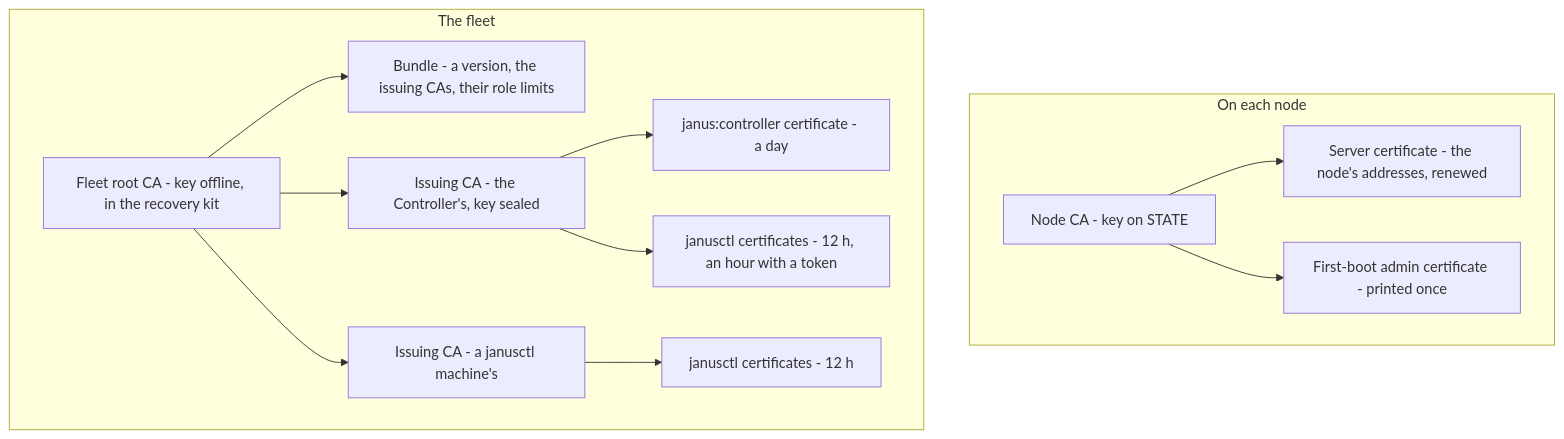
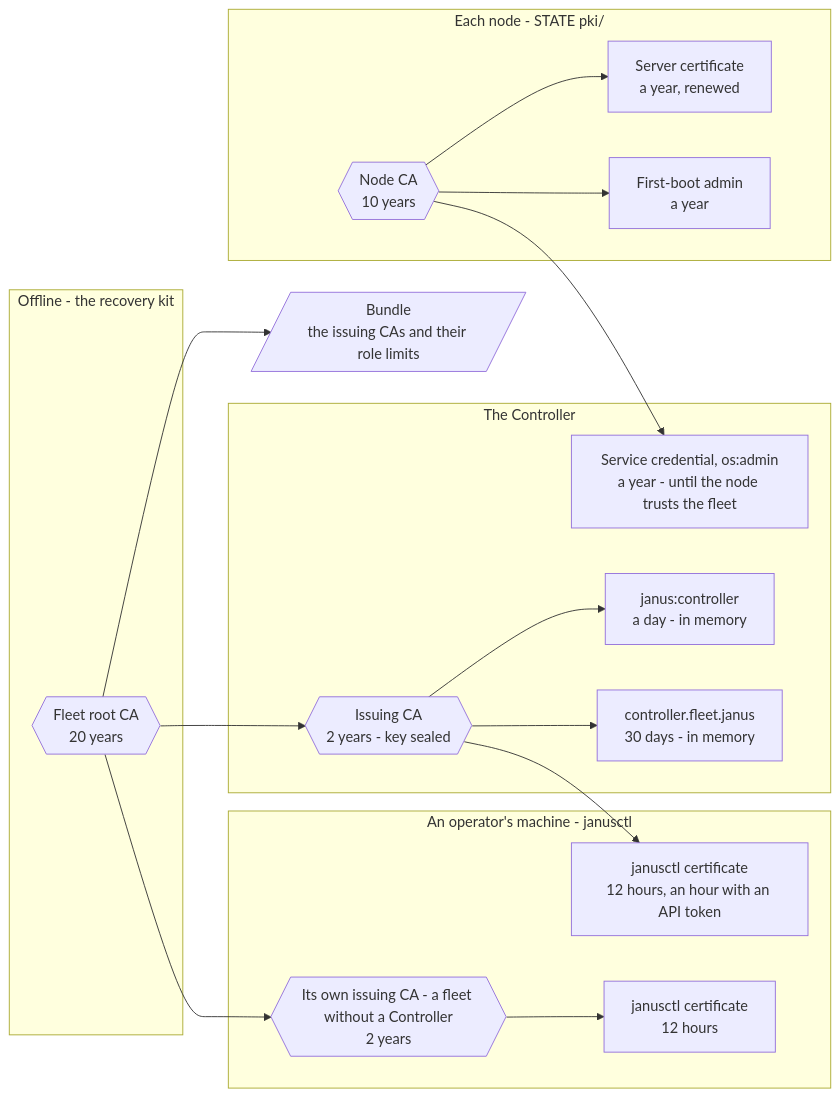
The first of 2 diagrams in docs/internals/trust.md (swenske/Janus), drawn with Mermaid before and after one commit. The commit also changed other lines of this file and 4 other files, not shown here.

````diff
--- a/docs/internals/trust.md
+++ b/docs/internals/trust.md
@@ -11,24 +35,35 @@
 ```mermaid
-flowchart TB
-    accTitle: The certificates of a Janus fleet and who signs them
-    accDescr: Each node has its own CA, made on its first boot, which signs the node's server certificate and the first-boot admin certificate. The fleet's root CA, whose key is kept offline in the recovery kit, signs the issuing CAs and the bundles listing them. The Controller's issuing CA signs its own day-long certificate and janusctl users' short-lived certificates; a janusctl machine running a fleet has an issuing CA of its own. A node pins the fleet's root once, and accepts client certificates from its own CA, or from the root or an issuing CA a root-signed bundle lists.
-    subgraph node [On each node]
-        nodeca["Node CA - key on STATE"]
-        server["Server certificate - the node's addresses, renewed"]
-        admin["First-boot admin certificate - printed once"]
-        nodeca --> server
-        nodeca --> admin
+flowchart LR
+    accTitle: Who signs each certificate, and where each private key lives
+    accDescr: The fleet's root CA, its key offline in the recovery kit, signs the bundle and the issuing CAs - the Controller's, its key sealed on the Controller, or in a fleet without a Controller one per janusctl machine. The Controller's issuing CA signs the Controller's day-long certificate and its 30-day registration certificate, both kept in its memory, and its users' janusctl certificates, whose keys stay on their machines. Each node's own CA, its key on the node's STATE partition, signs the node's server certificate, its first-boot admin certificate, and the service credential the Controller holds until the node trusts the fleet.
+    subgraph offline [Offline - the recovery kit]
+        root{{"Fleet root CA<br/>20 years"}}
     end
-    subgraph fleet [The fleet]
-        root["Fleet root CA - key offline, in the recovery kit"]
-        bundle["Bundle - a version, the issuing CAs, their role limits"]
-        ctrlca["Issuing CA - the Controller's, key sealed"]
-        cli["Issuing CA - a janusctl machine's"]
-        root --> bundle
-        root --> ctrlca
-        root --> cli
-        ctrlca --> ctrlcert["janus:controller certificate - a day"]
-        ctrlca --> usercert["janusctl certificates - 12 h, an hour with a token"]
-        cli --> clicert["janusctl certificates - 12 h"]
+    bundle[/"Bundle<br/>the issuing CAs and their role limits"/]
+    subgraph controller [The Controller]
+        ica{{"Issuing CA<br/>2 years - key sealed"}}
+        ctl["janus:controller<br/>a day - in memory"]
+        reg["controller.fleet.janus<br/>30 days - in memory"]
+        svc["Service credential, os:admin<br/>a year - until the node trusts the fleet"]
     end
+    subgraph operator [An operator's machine - janusctl]
+        user["janusctl certificate<br/>12 hours, an hour with an API token"]
+        mica{{"Its own issuing CA - a fleet without a Controller<br/>2 years"}}
+        muser["janusctl certificate<br/>12 hours"]
+    end
+    subgraph node [Each node - STATE pki/]
+        nca{{"Node CA<br/>10 years"}}
+        srv["Server certificate<br/>a year, renewed"]
+        adm["First-boot admin<br/>a year"]
+    end
+    root --> bundle
+    root --> ica
+    root --> mica
+    ica --> ctl
+    ica --> reg
+    ica --> user
+    mica --> muser
+    nca --> srv
+    nca --> adm
+    nca --> svc
 ```
````
